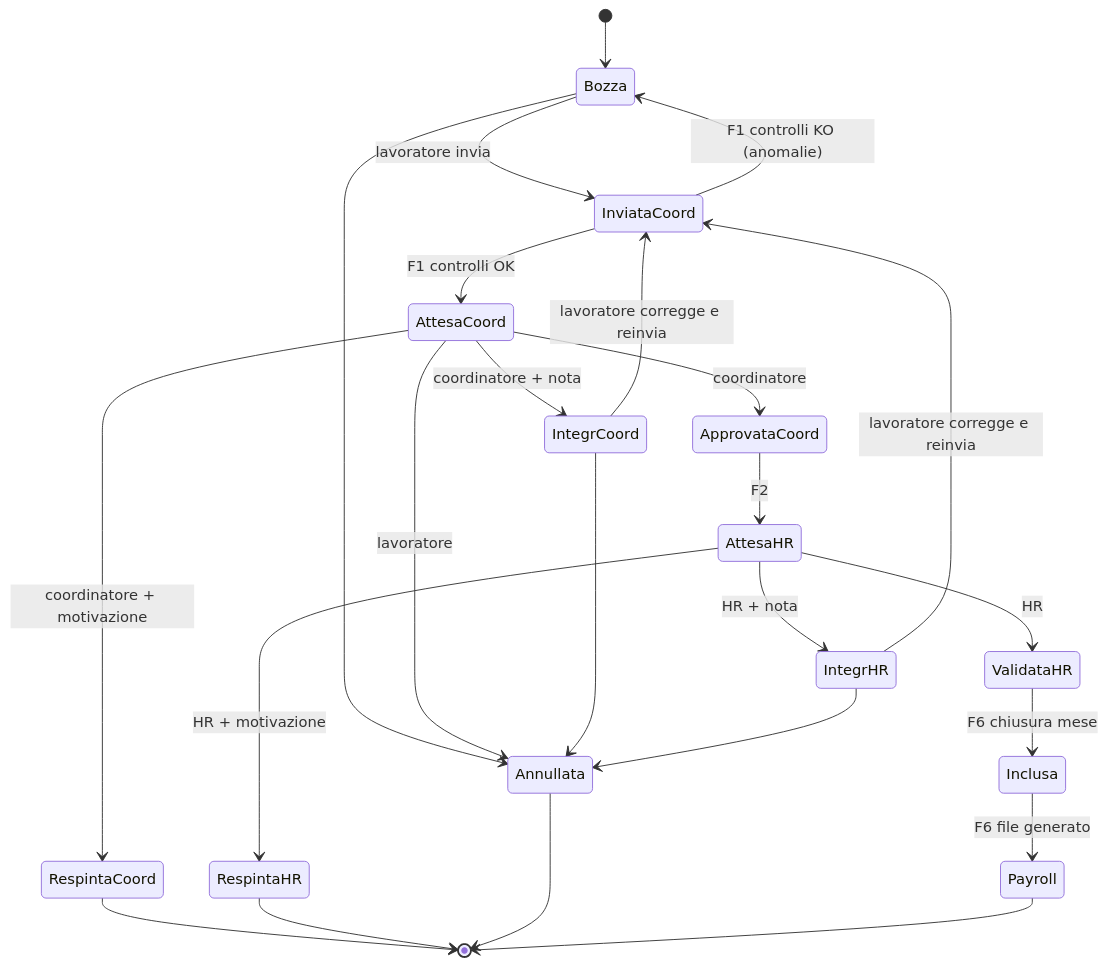
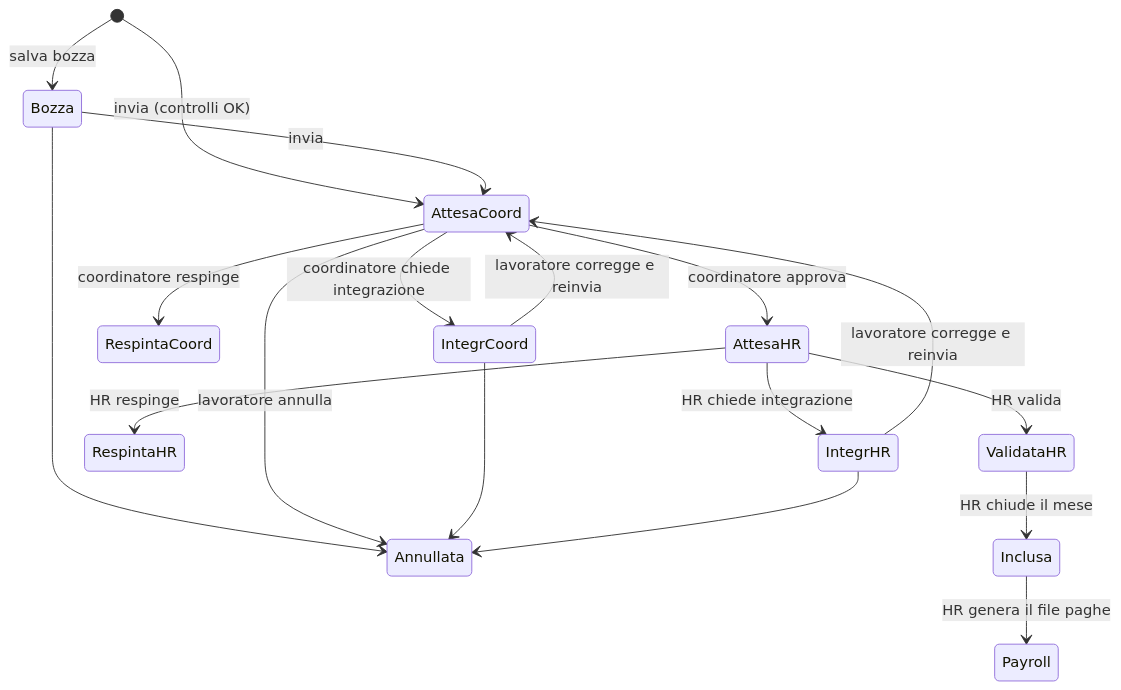
The second of 2 diagrams in docs/01-architettura.md (defilippism97-eng/Formazione-Dolce), drawn with Mermaid before and after one commit. The commit also changed other lines of this file and 21 other files, not shown here.

````diff
--- a/docs/01-architettura.md
+++ b/docs/01-architettura.md
@@ -63,26 +111,20 @@
 ```mermaid
 stateDiagram-v2
-  [*] --> Bozza
-  Bozza --> InviataCoord: lavoratore invia
+  [*] --> Bozza: salva bozza
+  [*] --> AttesaCoord: invia (controlli OK)
+  Bozza --> AttesaCoord: invia
   Bozza --> Annullata
-  InviataCoord --> AttesaCoord: F1 controlli OK
-  InviataCoord --> Bozza: F1 controlli KO (anomalie)
-  AttesaCoord --> ApprovataCoord: coordinatore
-  AttesaCoord --> RespintaCoord: coordinatore + motivazione
-  AttesaCoord --> IntegrCoord: coordinatore + nota
-  AttesaCoord --> Annullata: lavoratore
-  IntegrCoord --> InviataCoord: lavoratore corregge e reinvia
+  AttesaCoord --> AttesaHR: coordinatore approva
+  AttesaCoord --> RespintaCoord: coordinatore respinge
+  AttesaCoord --> IntegrCoord: coordinatore chiede integrazione
+  AttesaCoord --> Annullata: lavoratore annulla
+  IntegrCoord --> AttesaCoord: lavoratore corregge e reinvia
   IntegrCoord --> Annullata
-  ApprovataCoord --> AttesaHR: F2
-  AttesaHR --> ValidataHR: HR
-  AttesaHR --> RespintaHR: HR + motivazione
-  AttesaHR --> IntegrHR: HR + nota
-  IntegrHR --> InviataCoord: lavoratore corregge e reinvia
+  AttesaHR --> ValidataHR: HR valida
+  AttesaHR --> RespintaHR: HR respinge
+  AttesaHR --> IntegrHR: HR chiede integrazione
+  IntegrHR --> AttesaCoord: lavoratore corregge e reinvia
   IntegrHR --> Annullata
-  ValidataHR --> Inclusa: F6 chiusura mese
-  Inclusa --> Payroll: F6 file generato
-  RespintaCoord --> [*]
-  RespintaHR --> [*]
-  Annullata --> [*]
-  Payroll --> [*]
+  ValidataHR --> Inclusa: HR chiude il mese
+  Inclusa --> Payroll: HR genera il file paghe
 ```
````
